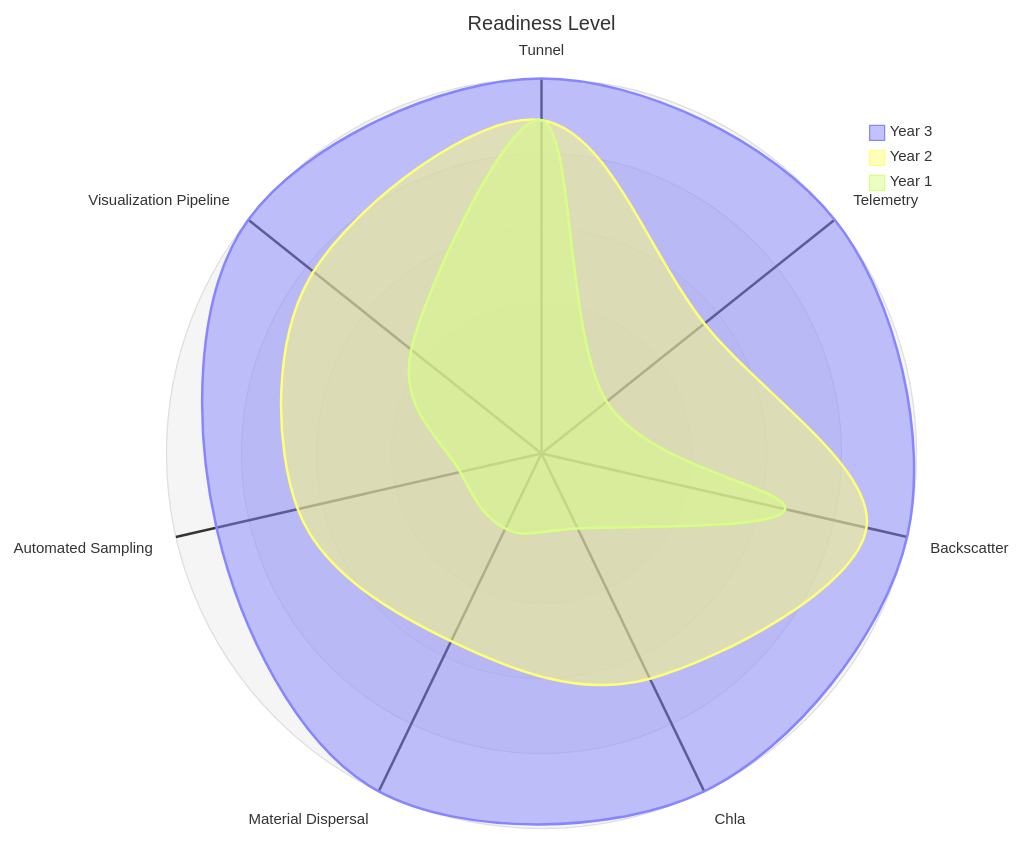
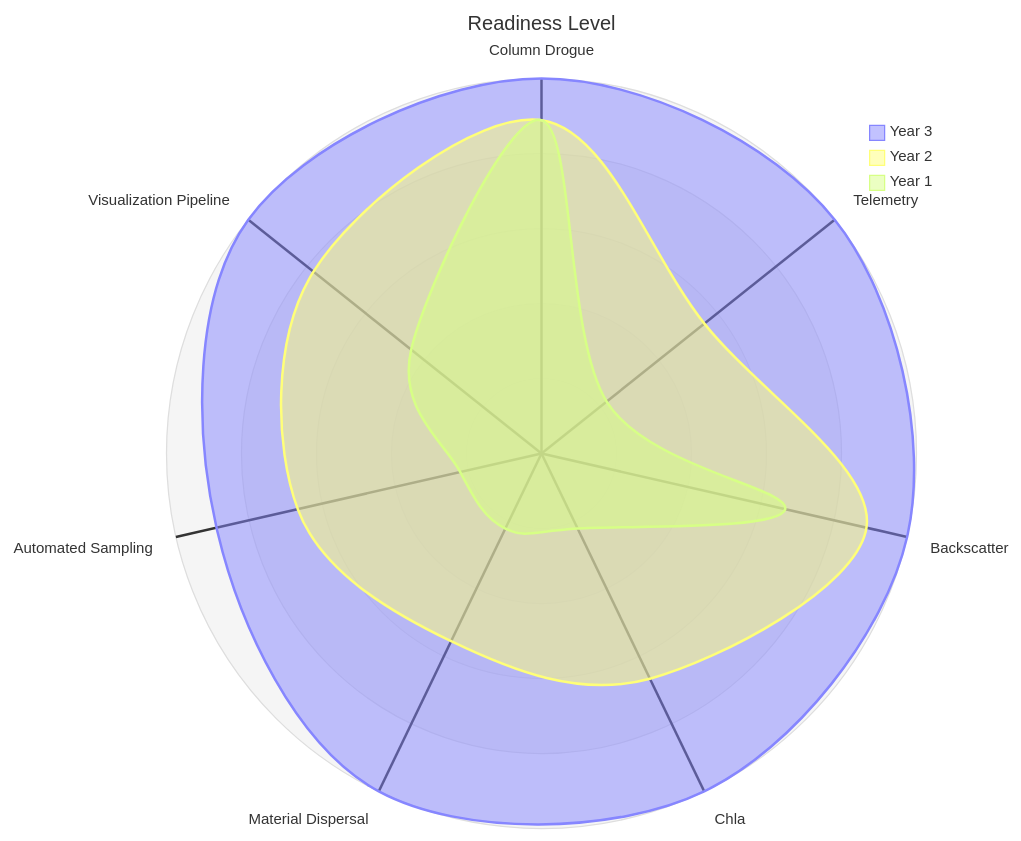
Before and after one commit to KCollins/ISAC: the diagram in radarTRL.md, drawn with Mermaid.

````diff
--- a/radarTRL.md
+++ b/radarTRL.md
@@ -1,15 +1,15 @@
 ```mermaid
 ---
 title: "Readiness Level"
 ---
 radar-beta
-  axis m["Tunnel"], s["Telemetry"], e["Backscatter"]
+  axis m["Column Drogue"], s["Telemetry"], e["Backscatter"]
   axis h["Chla"], g["Material Dispersal"], a["Automated Sampling"]
   axis t["Visualization Pipeline"]
   curve b["Year 3"]{9, 9, 9, 9, 9, 8, 9}
   curve a["Year 2"]{8, 5, 8, 6, 5, 6,7}
   curve c["Year 1"]{8, 2, 6, 2, 2, 2,4}
 
   max 9
   min 0
 ```
````
